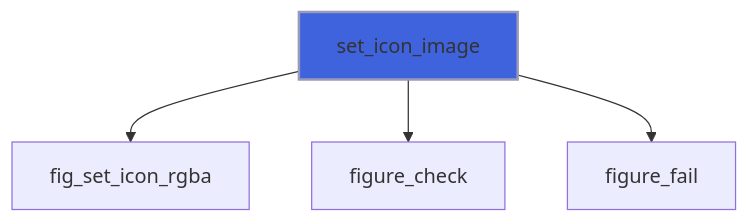
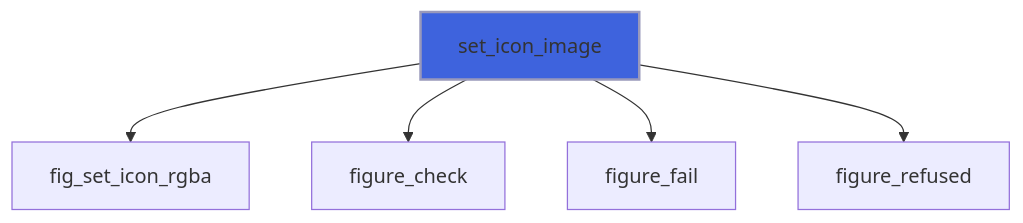
One commit to szaghi/figure changed the fourth of 41 diagrams in docs/api/src/lib/figure_app.md. Above: the diagram before and after it, drawn with Mermaid. The commit also changed other lines of this file and 10 other files, not shown here.

````diff
--- a/docs/api/src/lib/figure_app.md
+++ b/docs/api/src/lib/figure_app.md
@@ -231,7 +240,8 @@
 ```mermaid
 flowchart TD
   set_icon_image["set_icon_image"] --> fig_set_icon_rgba["fig_set_icon_rgba"]
   set_icon_image["set_icon_image"] --> figure_check["figure_check"]
   set_icon_image["set_icon_image"] --> figure_fail["figure_fail"]
+  set_icon_image["set_icon_image"] --> figure_refused["figure_refused"]
   style set_icon_image fill:#3e63dd,stroke:#99b,stroke-width:2px
 ```
````
